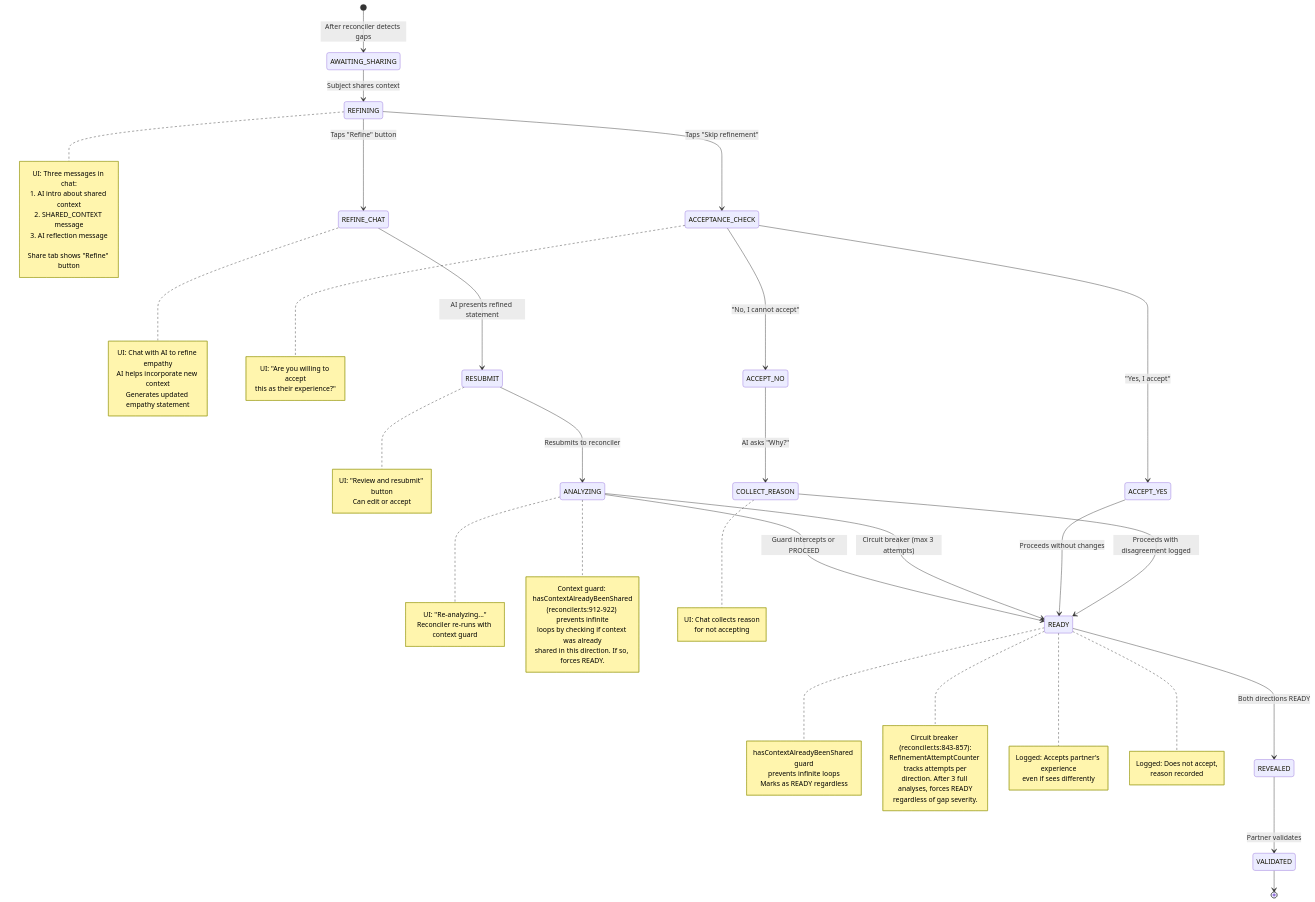
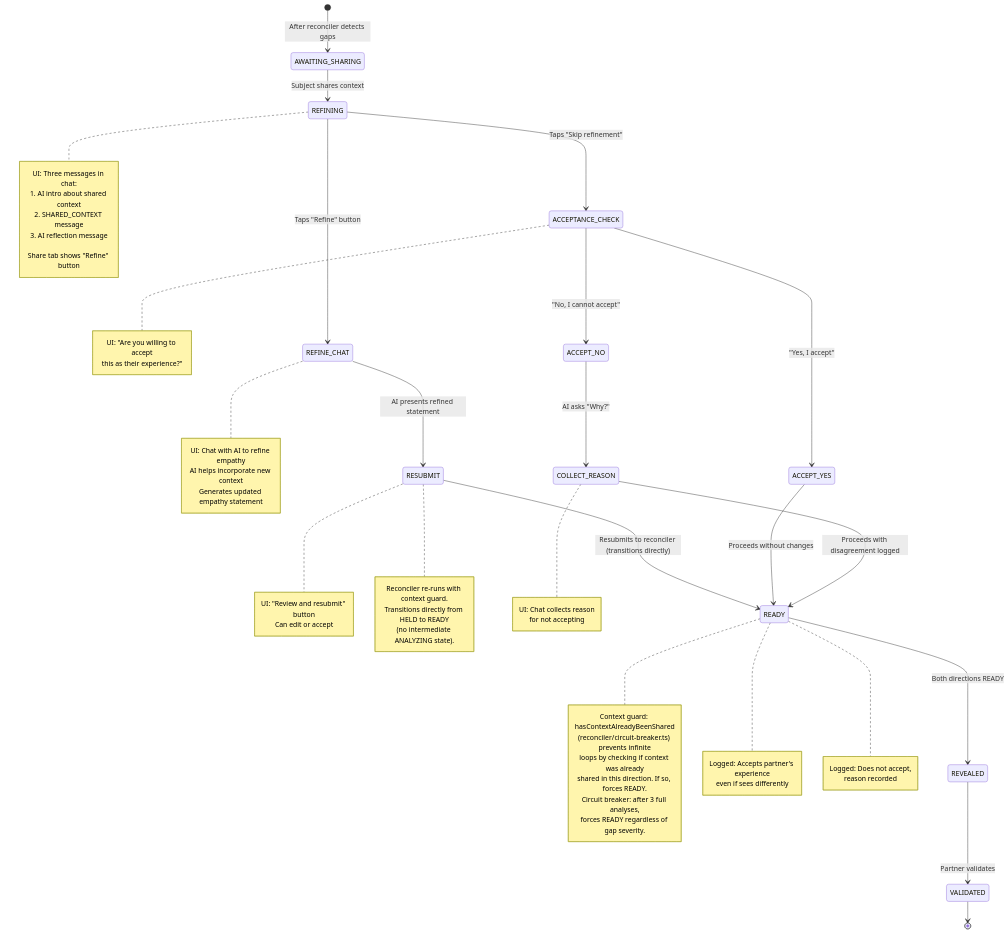
The seventh of 14 diagrams in docs/diagrams/reconciler-paths.md (shantamg/meet-without-fear), drawn with Mermaid before and after one commit. The commit also changed other lines of this file and 12 other files, not shown here.

````diff
--- a/docs/diagrams/reconciler-paths.md
+++ b/docs/diagrams/reconciler-paths.md
@@ -316,73 +312,64 @@
 ```mermaid
 stateDiagram-v2
     [*] --> AWAITING_SHARING: After reconciler detects gaps
 
     AWAITING_SHARING --> REFINING: Subject shares context
     note right of REFINING
         UI: Three messages in chat:<br/>1. AI intro about shared context<br/>2. SHARED_CONTEXT message<br/>3. AI reflection message<br/><br/>Share tab shows "Refine" button
     end note
 
     REFINING --> REFINE_CHAT: Taps "Refine" button
     note right of REFINE_CHAT
         UI: Chat with AI to refine empathy<br/>AI helps incorporate new context<br/>Generates updated empathy statement
     end note
 
     REFINE_CHAT --> RESUBMIT: AI presents refined statement
     note right of RESUBMIT
         UI: "Review and resubmit" button<br/>Can edit or accept
     end note
 
-    RESUBMIT --> ANALYZING: Resubmits to reconciler
-    note right of ANALYZING
-        UI: "Re-analyzing..."<br/>Reconciler re-runs with context guard
+    RESUBMIT --> READY: Resubmits to reconciler (transitions directly)
+    note right of RESUBMIT
+        Reconciler re-runs with context guard.
+        Transitions directly from HELD to READY
+        (no intermediate ANALYZING state).
     end note
 
-    ANALYZING --> READY: Guard intercepts or PROCEED
     note right of READY
-        hasContextAlreadyBeenShared guard<br/>prevents infinite loops<br/>Marks as READY regardless
-    end note
-
-    note right of ANALYZING
         Context guard: hasContextAlreadyBeenShared
-        (reconciler.ts:912-922) prevents infinite
+        (reconciler/circuit-breaker.ts) prevents infinite
         loops by checking if context was already
         shared in this direction. If so, forces READY.
-    end note
-
-    ANALYZING --> READY: Circuit breaker (max 3 attempts)
-    note right of READY
-        Circuit breaker (reconciler.ts:843-857):
-        RefinementAttemptCounter tracks attempts per
-        direction. After 3 full analyses, forces READY
-        regardless of gap severity.
+        Circuit breaker: after 3 full analyses,
+        forces READY regardless of gap severity.
     end note
 
     REFINING --> ACCEPTANCE_CHECK: Taps "Skip refinement"
     note right of ACCEPTANCE_CHECK
         UI: "Are you willing to accept<br/>this as their experience?"
     end note
 
     ACCEPTANCE_CHECK --> ACCEPT_YES: "Yes, I accept"
     ACCEPTANCE_CHECK --> ACCEPT_NO: "No, I cannot accept"
 
     ACCEPT_YES --> READY: Proceeds without changes
     note right of READY
         Logged: Accepts partner's experience<br/>even if sees differently
     end note
 
     ACCEPT_NO --> COLLECT_REASON: AI asks "Why?"
     note right of COLLECT_REASON
         UI: Chat collects reason<br/>for not accepting
     end note
 
     COLLECT_REASON --> READY: Proceeds with disagreement logged
     note right of READY
         Logged: Does not accept,<br/>reason recorded
     end note
 
     READY --> REVEALED: Both directions READY
 
     REVEALED --> VALIDATED: Partner validates
 
     VALIDATED --> [*]
 ```
````
